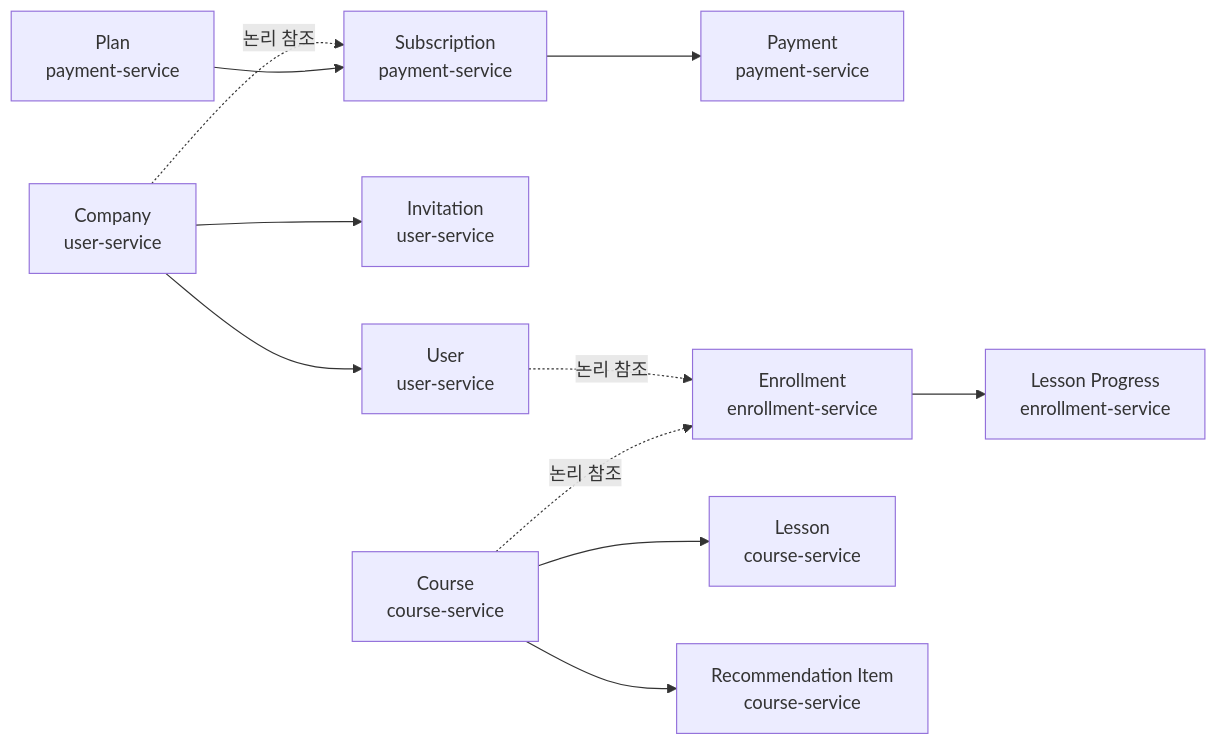
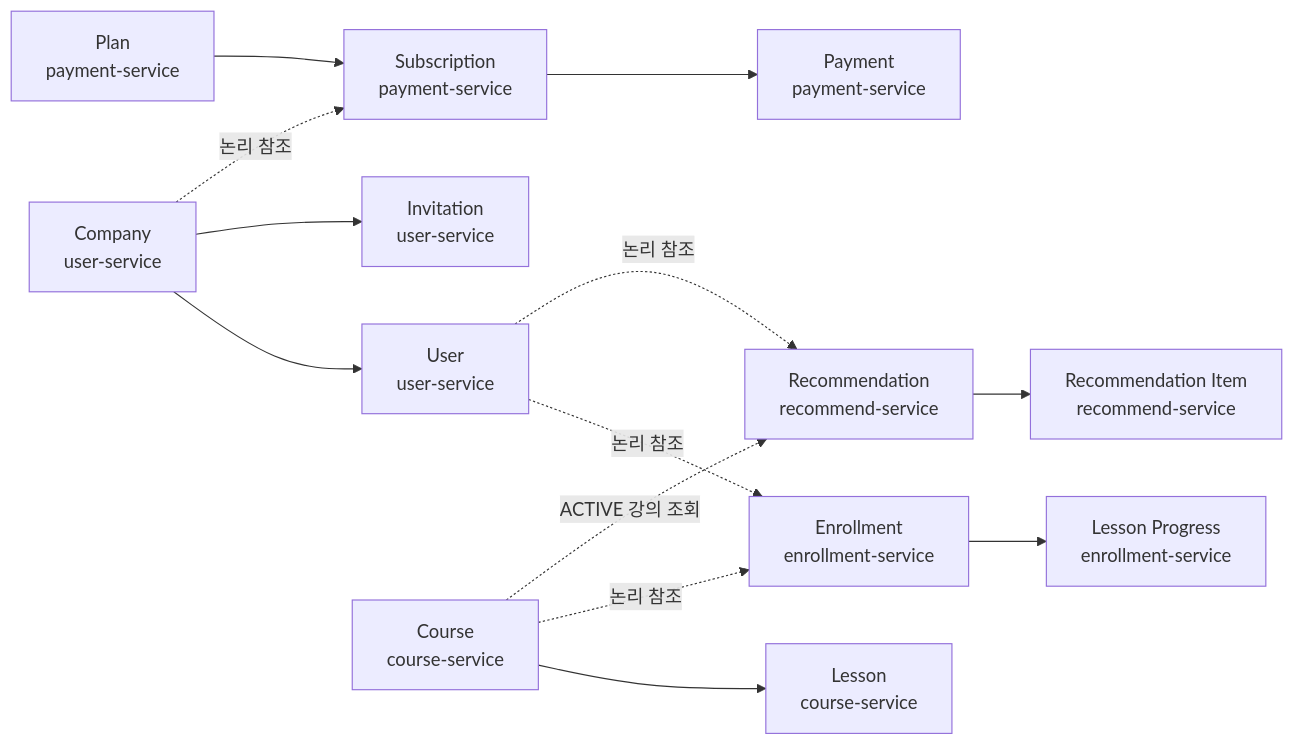
One commit to skala-msa-team/linguaroute-msa changed the first of 6 diagrams in docs/erd.md. Above: the diagram before and after it, drawn with Mermaid. The commit also changed other lines of this file and 6 other files, not shown here.

````diff
--- a/docs/erd.md
+++ b/docs/erd.md
@@ -17,13 +17,15 @@
 ```mermaid
 flowchart LR
     COMPANY["Company<br/>user-service"] --> USER["User<br/>user-service"]
     COMPANY --> INVITATION["Invitation<br/>user-service"]
     COMPANY -. "논리 참조" .-> SUBSCRIPTION["Subscription<br/>payment-service"]
     PLAN["Plan<br/>payment-service"] --> SUBSCRIPTION
     SUBSCRIPTION --> PAYMENT["Payment<br/>payment-service"]
     USER -. "논리 참조" .-> ENROLLMENT["Enrollment<br/>enrollment-service"]
     COURSE["Course<br/>course-service"] --> LESSON["Lesson<br/>course-service"]
     COURSE -. "논리 참조" .-> ENROLLMENT
     ENROLLMENT --> PROGRESS["Lesson Progress<br/>enrollment-service"]
-    COURSE --> RECOMMENDATION["Recommendation Item<br/>course-service"]
+    USER -. "논리 참조" .-> RECOMMENDATION["Recommendation<br/>recommend-service"]
+    COURSE -. "ACTIVE 강의 조회" .-> RECOMMENDATION
+    RECOMMENDATION --> RECOMMENDATION_ITEM["Recommendation Item<br/>recommend-service"]
 ```
````
